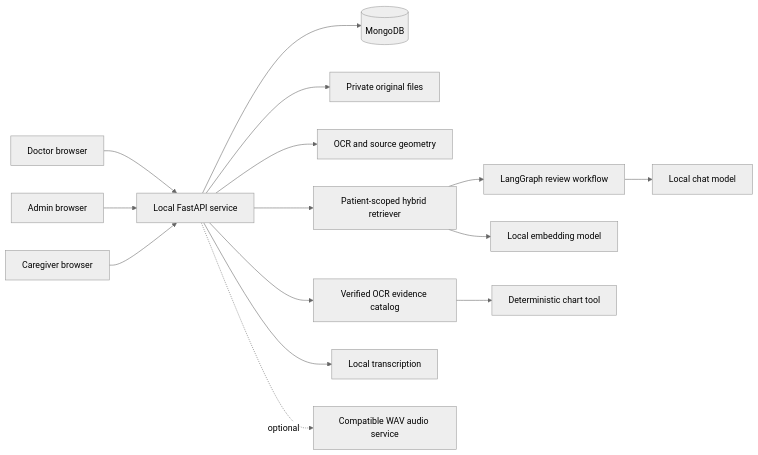
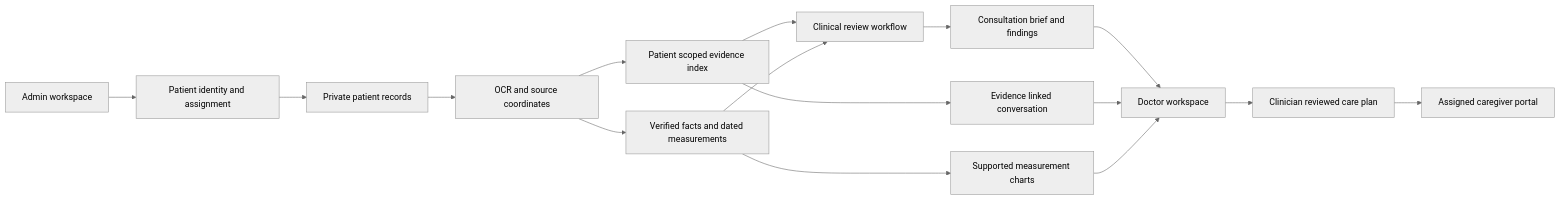
Before and after one commit to beast27000/PrepPulse: the diagram in README.md, drawn with Mermaid (neutral theme). The commit also changed other lines of this file and 10 other files, not shown here.

````diff
--- a/README.md
+++ b/README.md
@@ -251,17 +39,18 @@
 ```mermaid
 flowchart LR
-    D[Doctor browser] --> API[Local FastAPI service]
-    A[Admin browser] --> API
-    C[Caregiver browser] --> API
-    API --> DB[(MongoDB)]
-    API --> FILES[Private original files]
-    API --> OCR[OCR and source geometry]
-    API --> CAT[Verified OCR evidence catalog]
-    API --> RAG[Patient-scoped hybrid retriever]
-    RAG --> AGENTS[LangGraph review workflow]
-    AGENTS --> LLM[Local chat model]
-    RAG --> EMB[Local embedding model]
-    CAT --> CHART[Deterministic chart tool]
-    API --> STT[Local transcription]
-    API -. optional .-> TTS[Compatible WAV audio service]
+    ADMIN[Admin workspace] --> ID[Patient identity and assignment]
+    ID --> RECORDS[Private patient records]
+    RECORDS --> OCR[OCR and source coordinates]
+    OCR --> CATALOG[Verified facts and dated measurements]
+    OCR --> INDEX[Patient scoped evidence index]
+    INDEX --> REVIEW[Clinical review workflow]
+    CATALOG --> REVIEW
+    REVIEW --> BRIEF[Consultation brief and findings]
+    INDEX --> CHAT[Evidence linked conversation]
+    CATALOG --> CHART[Supported measurement charts]
+    BRIEF --> DOCTOR[Doctor workspace]
+    CHAT --> DOCTOR
+    CHART --> DOCTOR
+    DOCTOR --> PLAN[Clinician reviewed care plan]
+    PLAN --> CARE[Assigned caregiver portal]
 ```
````
